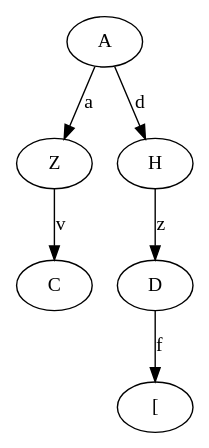
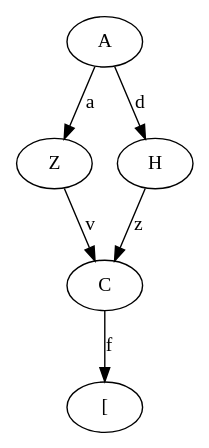
Before and after one commit to KristinaJelyazkova/SDP-Data-structures-and-programming: the diagram in DFSA-homework11/automata.dot, drawn with Graphviz. The commit also changed 4 other files, not shown here.

```diff
--- a/DFSA-homework11/automata.dot
+++ b/DFSA-homework11/automata.dot
@@ -1,13 +1,12 @@
 digraph G {
 0[label="A"];
 0->1[label="a"];
 0->3[label="d"];
 1[label="Z"];
 1->2[label="v"];
 2[label="C"];
+2->4[label="f"];
+4[label="["];
 3[label="H"];
-3->4[label="z"];
-4[label="D"];
-4->5[label="f"];
-5[label="["];
+3->2[label="z"];
 }
```
